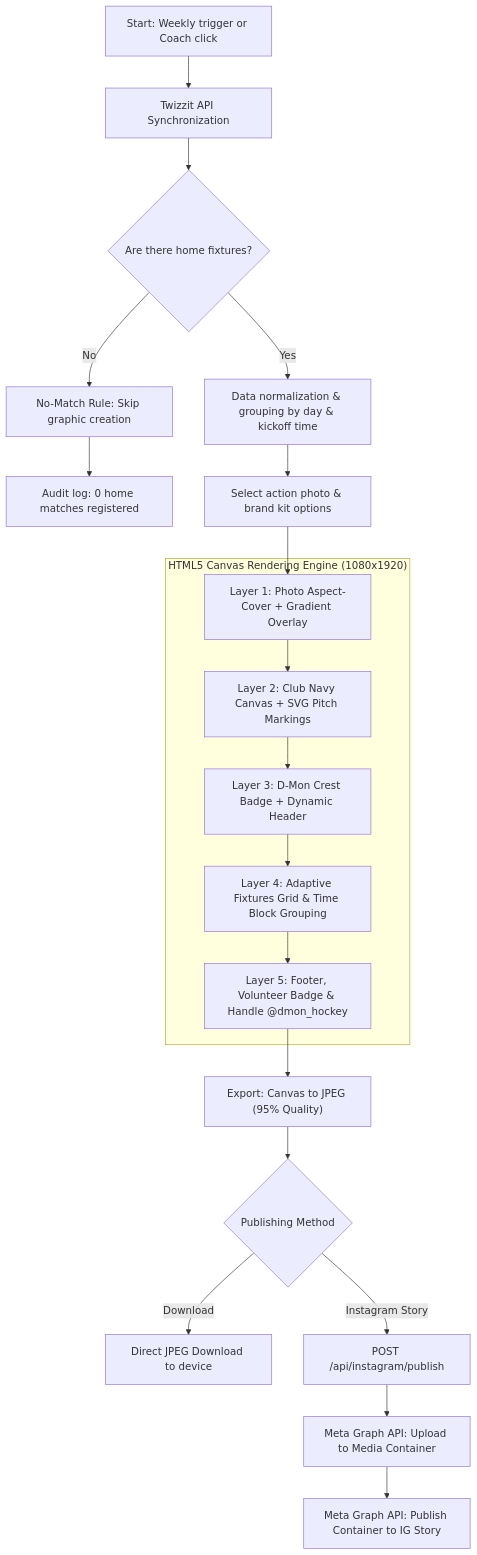
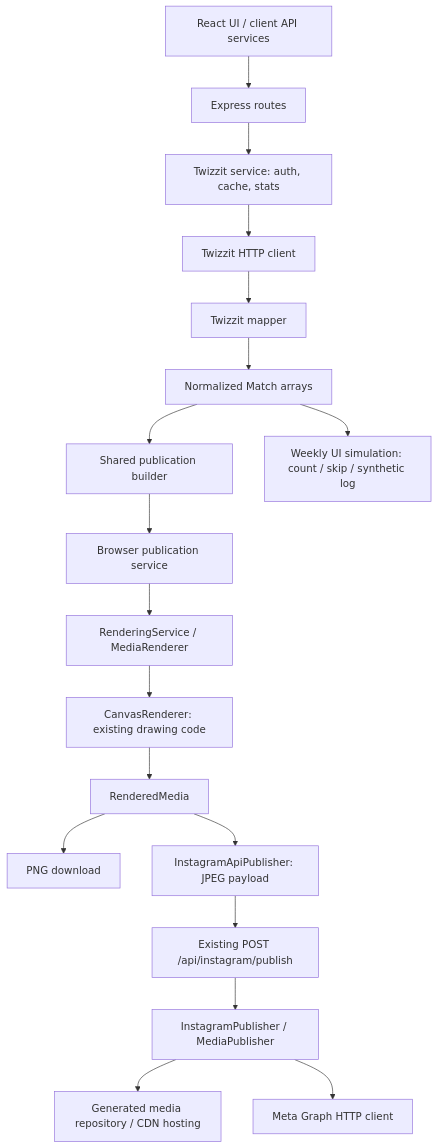
One commit to bavobbr/dmon-insta-matches changed the first of 2 diagrams in README.md. Above: the diagram before and after it, drawn with Mermaid. The commit also changed other lines of this file and 80 other files, not shown here.

````diff
--- a/README.md
+++ b/README.md
@@ -58,27 +58,20 @@
 ```mermaid
 flowchart TD
-    A["Start: Weekly trigger or Coach click"] --> B["Twizzit API Synchronization"]
-    B --> C{"Are there home fixtures?"}
-    
-    C -- No --> D["No-Match Rule: Skip graphic creation"]
-    D --> E["Audit log: 0 home matches registered"]
-    
-    C -- Yes --> F["Data normalization & grouping by day & kickoff time"]
-    F --> G["Select action photo & brand kit options"]
-    
-    subgraph HTML5_Canvas_Engine ["HTML5 Canvas Rendering Engine (1080x1920)"]
-        H["Layer 1: Photo Aspect-Cover + Gradient Overlay"] --> I["Layer 2: Club Navy Canvas + SVG Pitch Markings"]
-        I --> J["Layer 3: D-Mon Crest Badge + Dynamic Header"]
-        J --> K["Layer 4: Adaptive Fixtures Grid & Time Block Grouping"]
-        K --> L["Layer 5: Footer, Volunteer Badge & Handle @dmon_hockey"]
-    end
-    
-    G --> H
-    L --> M["Export: Canvas to JPEG (95% Quality)"]
-    
-    M --> N{"Publishing Method"}
-    N -- Download --> O["Direct JPEG Download to device"]
-    N -- Instagram Story --> P["POST /api/instagram/publish"]
-    P --> Q["Meta Graph API: Upload to Media Container"]
-    Q --> R["Meta Graph API: Publish Container to IG Story"]
+    UI["React UI / client API services"] --> Routes["Express routes"]
+    Routes --> TwizzitService["Twizzit service: auth, cache, stats"]
+    TwizzitService --> Twizzit["Twizzit HTTP client"]
+    Twizzit --> Mapper["Twizzit mapper"]
+    Mapper --> Match["Normalized Match arrays"]
+    Match --> Publication["Shared publication builder"]
+    Publication --> Pipeline["Browser publication service"]
+    Pipeline --> Rendering["RenderingService / MediaRenderer"]
+    Rendering --> Canvas["CanvasRenderer: existing drawing code"]
+    Canvas --> Media["RenderedMedia"]
+    Media --> Download["PNG download"]
+    Media --> BrowserPublisher["InstagramApiPublisher: JPEG payload"]
+    BrowserPublisher --> IGRoute["Existing POST /api/instagram/publish"]
+    IGRoute --> Publisher["InstagramPublisher / MediaPublisher"]
+    Publisher --> Hosting["Generated media repository / CDN hosting"]
+    Publisher --> Meta["Meta Graph HTTP client"]
+    Match --> Simulation["Weekly UI simulation: count / skip / synthetic log"]
 ```
````
